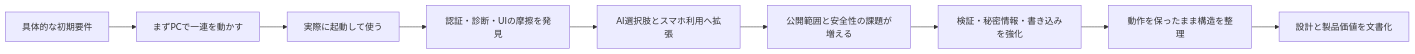
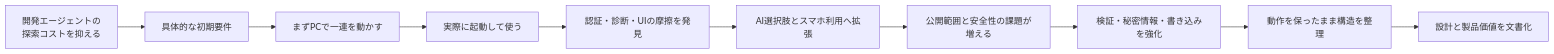
Before and after one commit to matsutanishimpei/make-summary: the second of 9 diagrams in docs/development-story.md, drawn with Mermaid. The commit also changed other lines of this file and 3 other files, not shown here.

````diff
--- a/docs/development-story.md
+++ b/docs/development-story.md
@@ -21,11 +50,12 @@
 ```mermaid
 flowchart LR
-    Spec["具体的な初期要件"] --> MVP["まずPCで一連を動かす"]
+    Cost["開発エージェントの<br/>探索コストを抑える"] --> Spec["具体的な初期要件"]
+    Spec --> MVP["まずPCで一連を動かす"]
     MVP --> RealUse["実際に起動して使う"]
     RealUse --> Friction["認証・診断・UIの摩擦を発見"]
     Friction --> Expand["AI選択肢とスマホ利用へ拡張"]
     Expand --> Risk["公開範囲と安全性の課題が増える"]
     Risk --> Harden["検証・秘密情報・書き込みを強化"]
     Harden --> Refactor["動作を保ったまま構造を整理"]
     Refactor --> Explain["設計と製品価値を文書化"]
 ```
````
